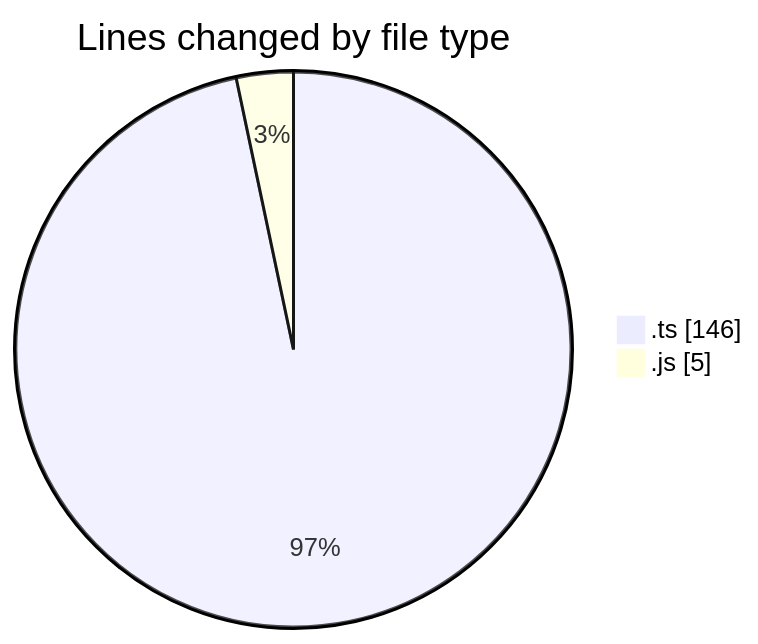
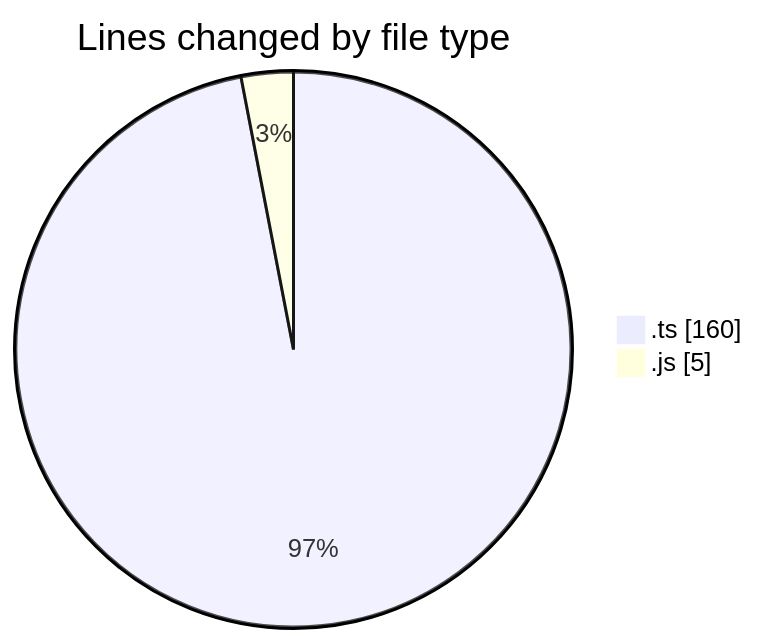
The first of 2 diagrams in 2025-03-12/cda/README.md (momahboobian/code-tracking), drawn with Mermaid before and after one commit. The commit also changed other lines of this file and 1 other file, not shown here.

````diff
--- a/2025-03-12/cda/README.md
+++ b/2025-03-12/cda/README.md
@@ -23,6 +23,6 @@
 ```mermaid
 pie showData
 title Lines changed by file type
-".ts" : 146
+".ts" : 160
 ".js" : 5
 ```
````
